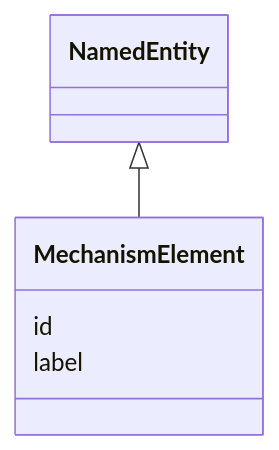
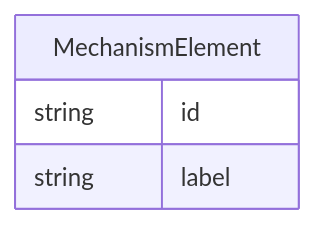
Before and after one commit to monarch-initiative/ontogpt: the diagram in docs/drug/MechanismElement.md, drawn with Mermaid. The commit also changed 187 other files, not shown here.

````diff
--- a/docs/drug/MechanismElement.md
+++ b/docs/drug/MechanismElement.md
@@ -8,9 +8,10 @@
 ```mermaid
- classDiagram
-    class MechanismElement
-      NamedEntity <|-- MechanismElement
-      
-      MechanismElement : id
-      MechanismElement : label
-      
+erDiagram
+MechanismElement {
+    string id  
+    string label  
+}
+
+
+
 ```
````
